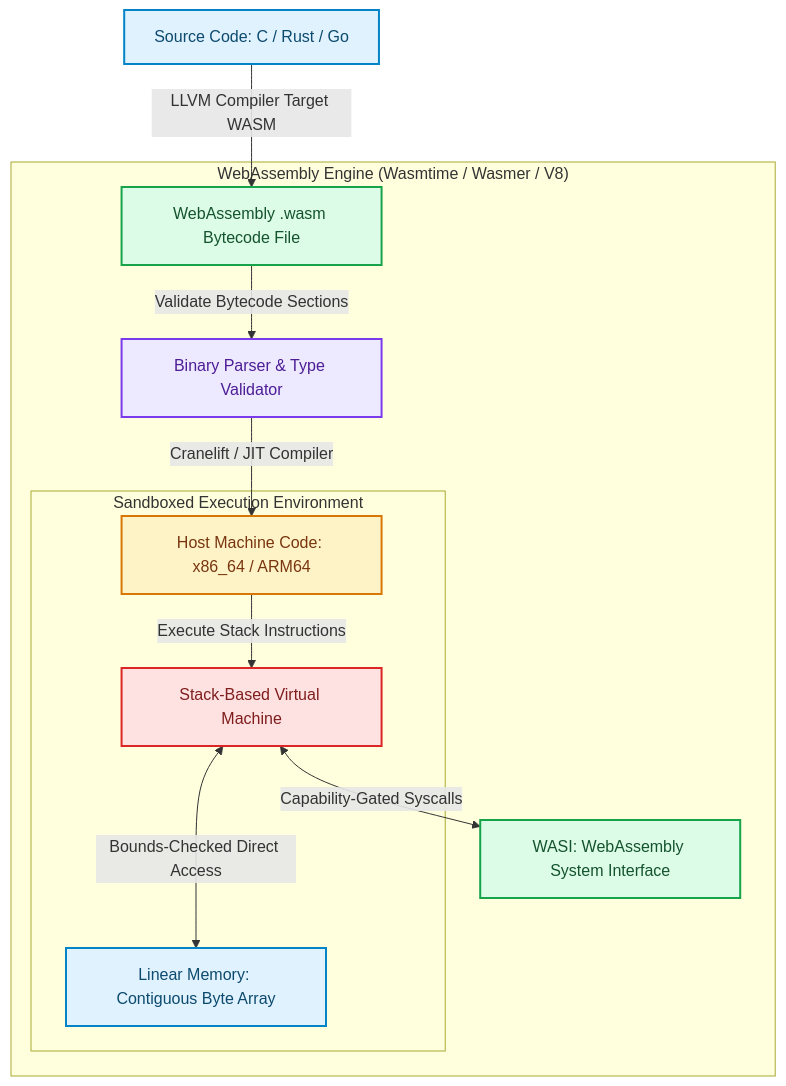
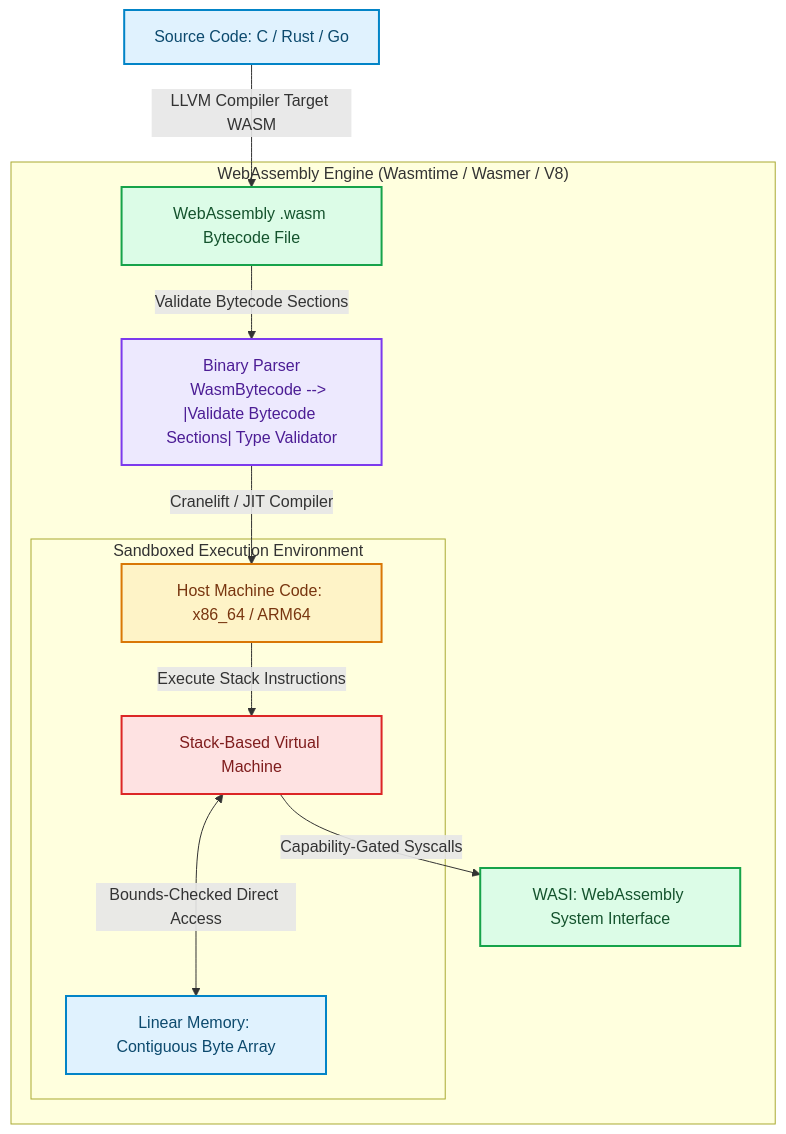
One commit to akmalkhaniub/akmalkhaniub.github.io changed the diagram in blog/posts/webassembly-wasm-engine-architecture-bytecode-jit-compilation.md. Above: the diagram before and after it, drawn with Mermaid. The commit also changed other lines of this file and 894 other files, not shown here.

Commit message:
feat(blog): upgrade all 444 posts with unique staggered dates, 2-col Mermaid spines, benchmark tables, code blocks, and trade-offs

````diff
--- a/blog/posts/webassembly-wasm-engine-architecture-bytecode-jit-compilation.md
+++ b/blog/posts/webassembly-wasm-engine-architecture-bytecode-jit-compilation.md
@@ -17,27 +17,28 @@
 ```mermaid
 flowchart TD
   Source["Source Code: C / Rust / Go"] -->|LLVM Compiler Target WASM| WasmBytecode["WebAssembly .wasm Bytecode File"]
   
   subgraph SG1_WebassemblyEngineWasmtime ["WebAssembly Engine (Wasmtime / Wasmer / V8)"]
-    WasmBytecode -->|Validate Bytecode Sections| Decoder["Binary Parser & Type Validator"]
+    WasmBytecode --> |Validate Bytecode Sections| Decoder["Binary Parser
+    WasmBytecode --> |Validate Bytecode Sections| Type Validator"]
     Decoder -->|Cranelift / JIT Compiler| JIT["Host Machine Code: x86_64 / ARM64"]
     
     subgraph SG2_SandboxedExecutionEnvironment ["Sandboxed Execution Environment"]
       JIT -->|Execute Stack Instructions| StackVM["Stack-Based Virtual Machine"]
       StackVM <--->|Bounds-Checked Direct Access| LinearMem["Linear Memory: Contiguous Byte Array"]
     end
     
-    StackVM <-->|Capability-Gated Syscalls| WASI["WASI: WebAssembly System Interface"]
+    StackVM -->|Capability-Gated Syscalls| WASI["WASI: WebAssembly System Interface"]
   end
 
 classDef green fill:#dcfce7,stroke:#16a34a,stroke-width:2px,color:#14532d;
 classDef red fill:#fee2e2,stroke:#dc2626,stroke-width:2px,color:#7f1d1d;
 classDef blue fill:#e0f2fe,stroke:#0284c7,stroke-width:2px,color:#0c4a6e;
 classDef yellow fill:#fef3c7,stroke:#d97706,stroke-width:2px,color:#78350f;
 classDef purple fill:#ede9fe,stroke:#7c3aed,stroke-width:2px,color:#4c1d95;
 class Source,LinearMem blue
 class WasmBytecode,WASI green
 class Decoder purple
 class JIT yellow
 class StackVM red
 ```
````
